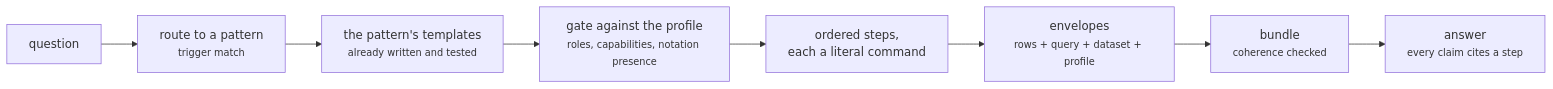
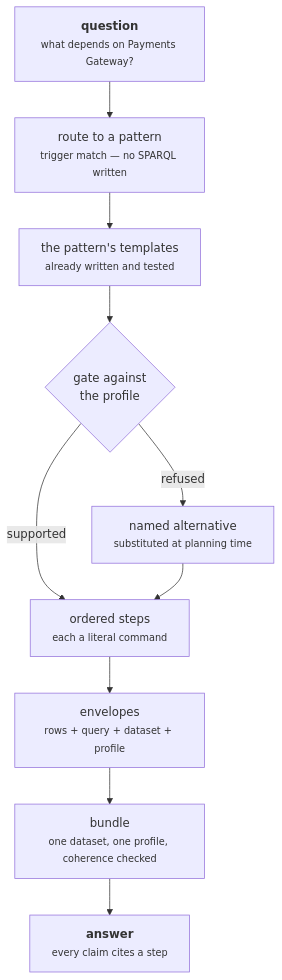
The diagram in docs/walkthrough.md (linked-archi/linked-archi-apm), drawn with Mermaid before and after one commit. The commit also changed 2 other files, not shown here.

````diff
--- a/docs/walkthrough.md
+++ b/docs/walkthrough.md
@@ -19,10 +19,13 @@
 ```mermaid
-flowchart LR
-  Q["question"] --> R["route to a pattern<br/><small>trigger match</small>"]
+flowchart TB
+  Q["<b>question</b><br/><small>what depends on Payments Gateway?</small>"]
+  Q --> R["route to a pattern<br/><small>trigger match — no SPARQL written</small>"]
   R --> T["the pattern's templates<br/><small>already written and tested</small>"]
-  T --> G["gate against the profile<br/><small>roles, capabilities, notation presence</small>"]
-  G --> S["ordered steps,<br/>each a literal command"]
+  T --> G{"gate against<br/>the profile"}
+  G -->|"supported"| S
+  G -->|"refused"| ALT["named alternative<br/><small>substituted at planning time</small>"]
+  ALT --> S["ordered steps<br/><small>each a literal command</small>"]
   S --> E["envelopes<br/><small>rows + query + dataset + profile</small>"]
-  E --> B["bundle<br/><small>coherence checked</small>"]
-  B --> A["answer<br/><small>every claim cites a step</small>"]
+  E --> B["bundle<br/><small>one dataset, one profile, coherence checked</small>"]
+  B --> A["<b>answer</b><br/><small>every claim cites a step</small>"]
 ```
````
